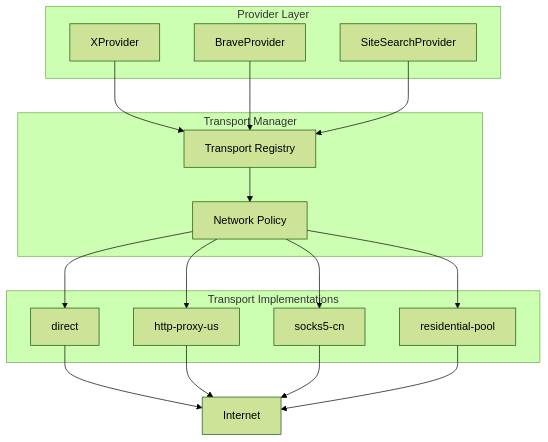
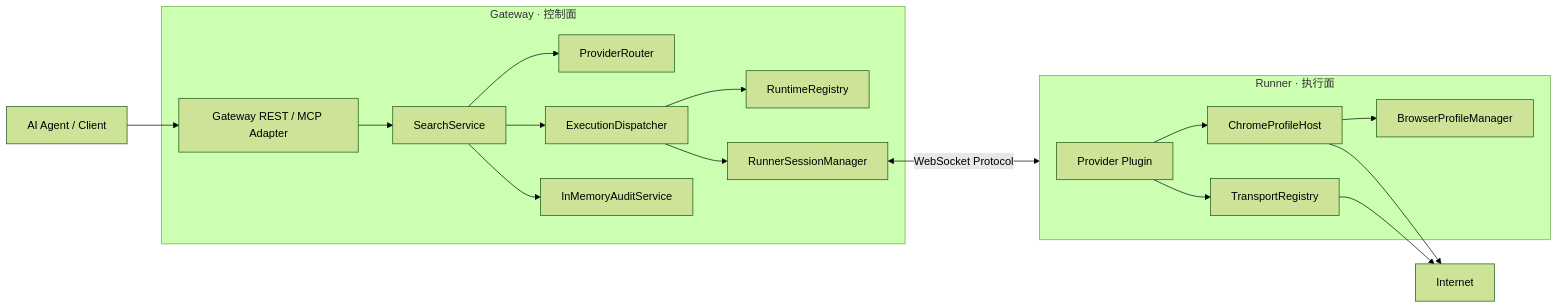
The diagram in ARCHITECTURE.md (xuzhen97/Aylens), drawn with Mermaid (forest theme) before and after one commit. The commit also changed other lines of this file and 9 other files, not shown here.

Commit message:
docs: finalize current architecture documentation

````diff
--- a/ARCHITECTURE.md
+++ b/ARCHITECTURE.md
@@ -674,35 +23,27 @@
 ```mermaid
-flowchart TB
-    subgraph ProviderLayer["Provider Layer"]
-        PX["XProvider"]
-        PB["BraveProvider"]
-        PS["SiteSearchProvider"]
+flowchart LR
+    Client["AI Agent / Client"] --> API["Gateway REST / MCP Adapter"]
+
+    subgraph Gateway["Gateway · 控制面"]
+        API --> Search["SearchService"]
+        Search --> Router["ProviderRouter"]
+        Search --> Dispatcher["ExecutionDispatcher"]
+        Dispatcher --> Registry["RuntimeRegistry"]
+        Dispatcher --> Sessions["RunnerSessionManager"]
+        Search --> Audit["InMemoryAuditService"]
     end
 
-    subgraph TransportManager["Transport Manager"]
-        REG["Transport Registry"]
-        POLICY["Network Policy"]
+    subgraph Runner["Runner · 执行面"]
+        Plugin["Provider Plugin"]
+        Transport["TransportRegistry"]
+        Browser["ChromeProfileHost"]
+        Profile["BrowserProfileManager"]
+        Plugin --> Transport
+        Plugin --> Browser
+        Browser --> Profile
     end
 
-    subgraph TransportImplementations["Transport Implementations"]
-        D["direct"]
-        HP["http-proxy-us"]
-        SK["socks5-cn"]
-        PP["residential-pool"]
-    end
-
-    PX --> REG
-    PB --> REG
-    PS --> REG
-
-    REG --> POLICY
-    POLICY --> D
-    POLICY --> HP
-    POLICY --> SK
-    POLICY --> PP
-
-    D --> NET["Internet"]
-    HP --> NET
-    SK --> NET
-    PP --> NET
+    Sessions <-->|"WebSocket Protocol"| Runner
+    Transport --> Internet["Internet"]
+    Browser --> Internet
 ```
````
